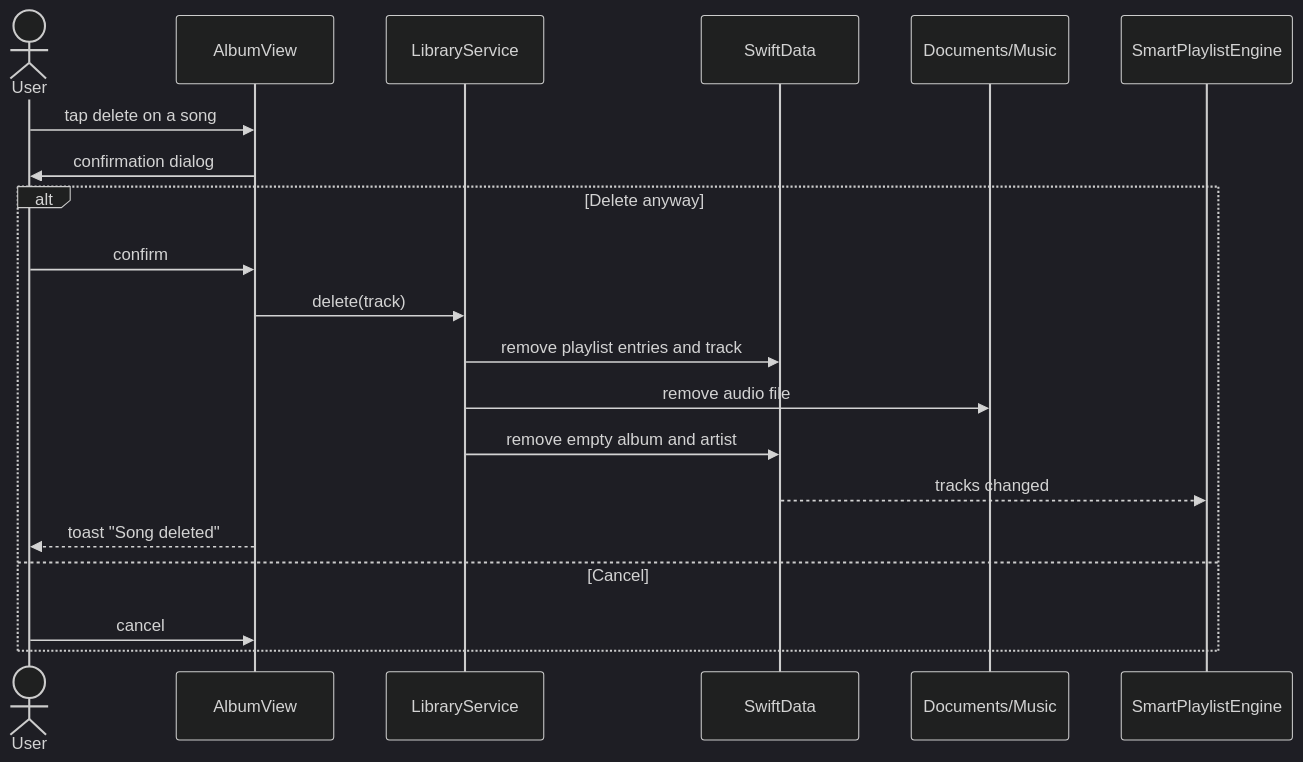
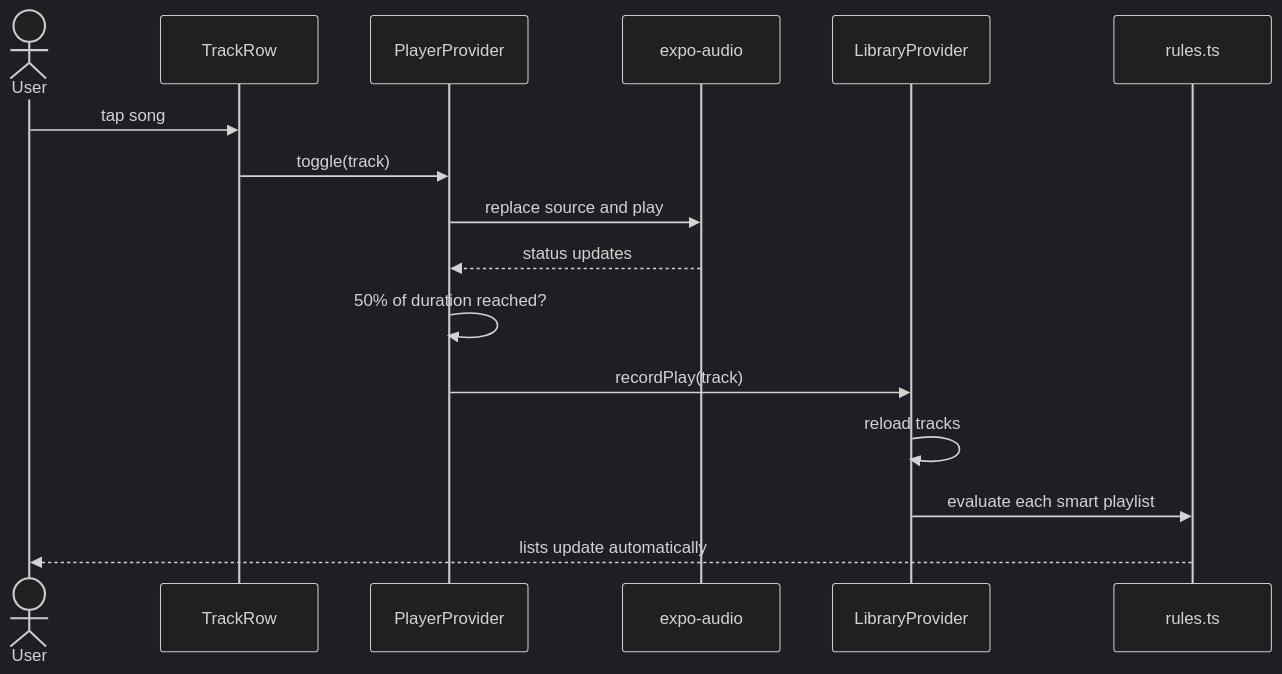
Before and after one commit to sabrinasalomon/CoryMusic: the fourth of 4 diagrams in docs/ARCHITECTURE.md, drawn with Mermaid (dark theme). The commit also changed other lines of this file and 68 other files, not shown here.

````diff
--- a/docs/ARCHITECTURE.md
+++ b/docs/ARCHITECTURE.md
@@ -161,23 +143,19 @@
 ```mermaid
 sequenceDiagram
     actor U as User
-    participant V as AlbumView
-    participant LS as LibraryService
-    participant DB as SwiftData
-    participant FS as Documents/Music
-    participant SE as SmartPlaylistEngine
+    participant R as TrackRow
+    participant PL as PlayerProvider
+    participant A as expo-audio
+    participant LP as LibraryProvider
+    participant RU as rules.ts
 
-    U->>V: tap delete on a song
-    V->>U: confirmation dialog
-    alt Delete anyway
-        U->>V: confirm
-        V->>LS: delete(track)
-        LS->>DB: remove playlist entries and track
-        LS->>FS: remove audio file
-        LS->>DB: remove empty album and artist
-        DB-->>SE: tracks changed
-        V-->>U: toast "Song deleted"
-    else Cancel
-        U->>V: cancel
-    end
+    U->>R: tap song
+    R->>PL: toggle(track)
+    PL->>A: replace source and play
+    A-->>PL: status updates
+    PL->>PL: 50% of duration reached?
+    PL->>LP: recordPlay(track)
+    LP->>LP: reload tracks
+    LP->>RU: evaluate each smart playlist
+    RU-->>U: lists update automatically
 ```
````
